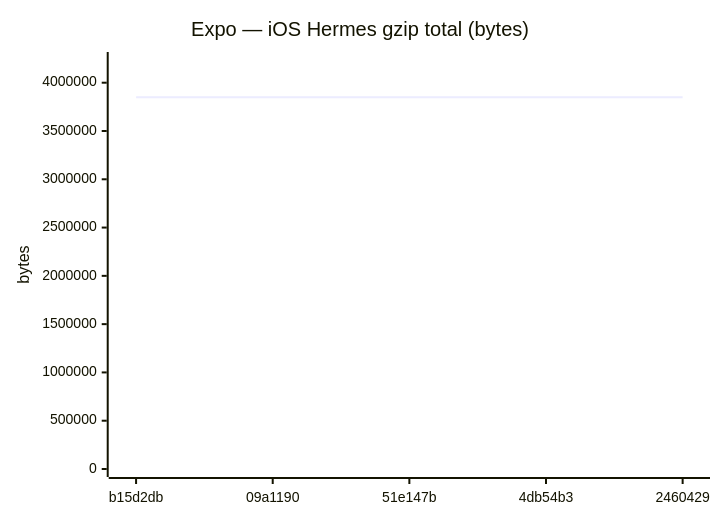
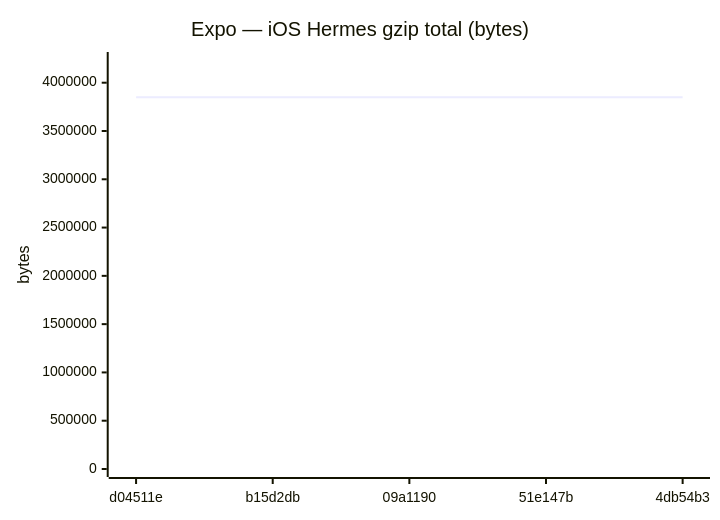
Diagram 12 of 18 in benchmarks/compare.md (Metaheurist/Rianell), drawn with Mermaid before and after one commit. The commit also changed other lines of this file and 11 other files, not shown here.

````diff
--- a/benchmarks/compare.md
+++ b/benchmarks/compare.md
@@ -179,7 +179,7 @@
 ```mermaid
 xychart-beta
     title "Expo — iOS Hermes gzip total (bytes)"
-    x-axis ["b15d2db", "09a1190", "51e147b", "4db54b3", "2460429"]
+    x-axis ["d04511e", "b15d2db", "09a1190", "51e147b", "4db54b3"]
     y-axis "bytes" 0 --> 4235116
-    line [3849366, 3850104, 3850105, 3850105, 3850104]
+    line [3849367, 3849366, 3850104, 3850105, 3850105]
 ```
````
